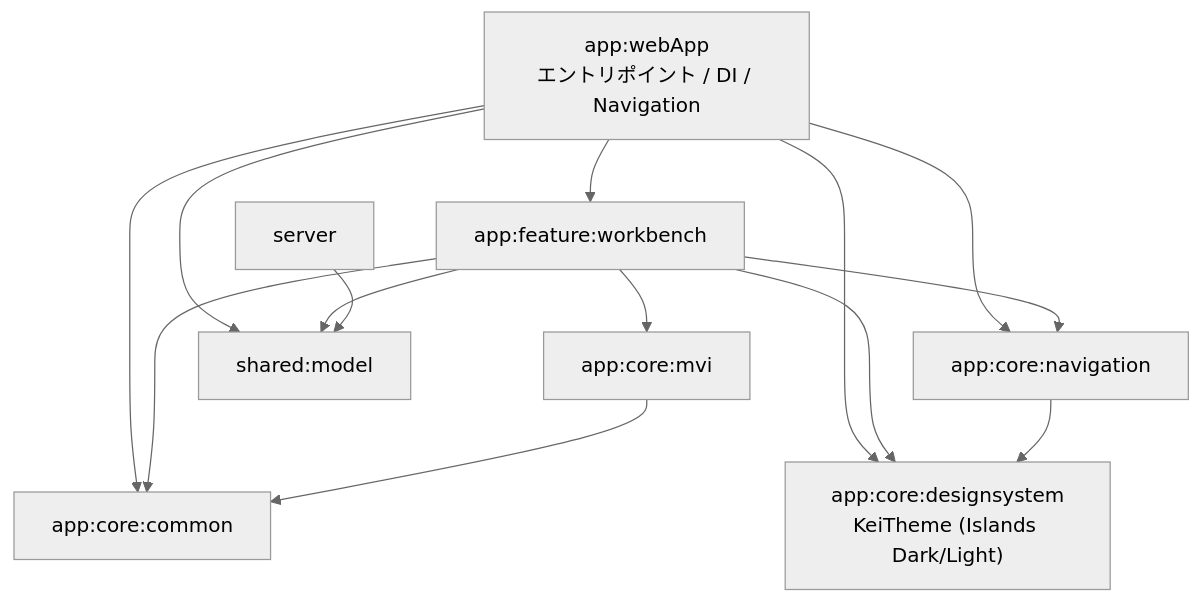
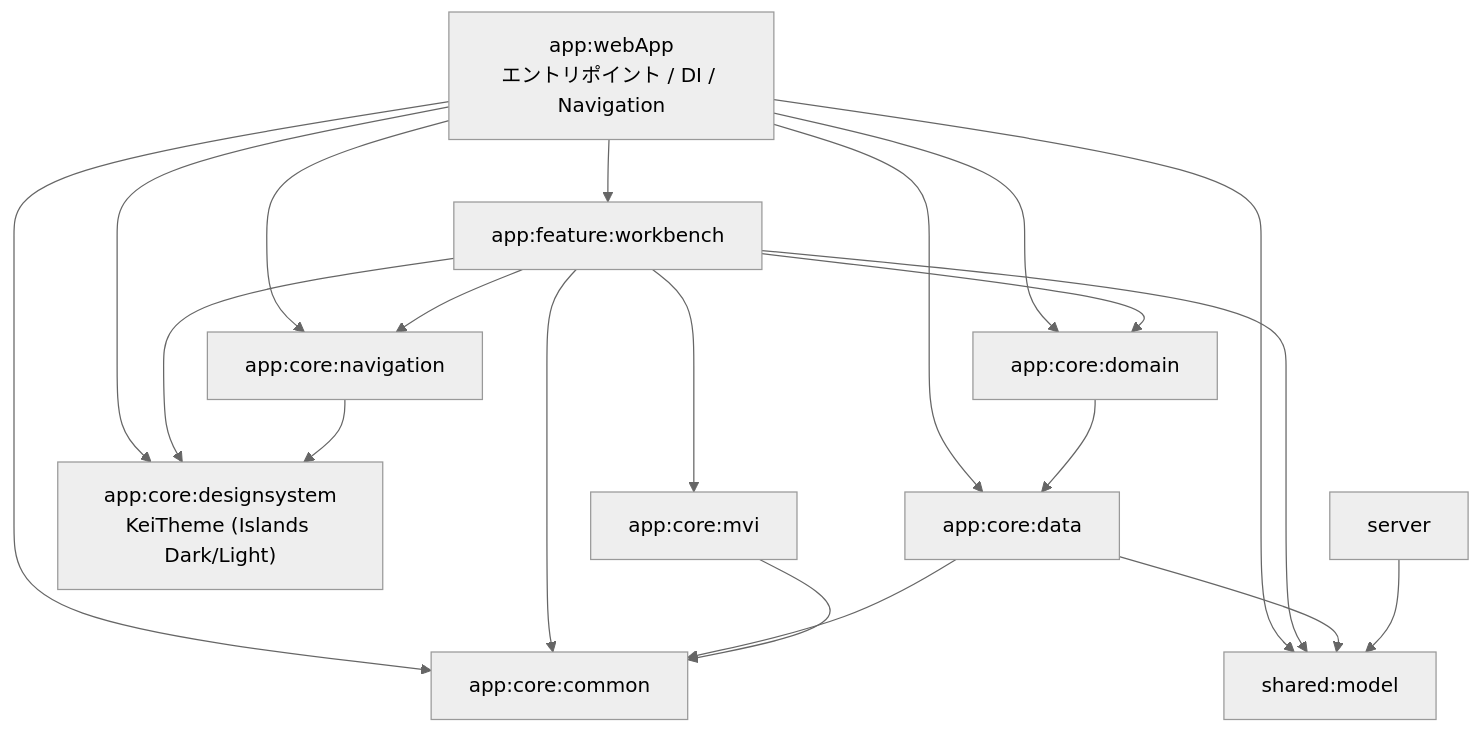
One commit to kei-1111/kei-1111-admin changed the diagram in docs/ModuleOverview.md. Above: the diagram before and after it, drawn with Mermaid (neutral theme). The commit also changed other lines of this file and 28 other files, not shown here.

````diff
--- a/docs/ModuleOverview.md
+++ b/docs/ModuleOverview.md
@@ -7,25 +7,33 @@
 ```mermaid
 flowchart TB
     webApp["app:webApp<br>エントリポイント / DI / Navigation"]
     workbench["app:feature:workbench"]
     common["app:core:common"]
+    data["app:core:data"]
+    domain["app:core:domain"]
     designsystem["app:core:designsystem<br>KeiTheme (Islands Dark/Light)"]
     mvi["app:core:mvi"]
     navigation["app:core:navigation"]
     model["shared:model"]
     server["server"]
 
     webApp --> workbench
     webApp --> common
+    webApp --> data
+    webApp --> domain
     webApp --> designsystem
     webApp --> navigation
     webApp --> model
     workbench --> common
     workbench --> designsystem
+    workbench --> domain
     workbench --> mvi
     workbench --> navigation
     workbench --> model
+    domain --> data
+    data --> common
+    data --> model
     mvi --> common
     navigation --> designsystem
     server --> model
 ```
````
